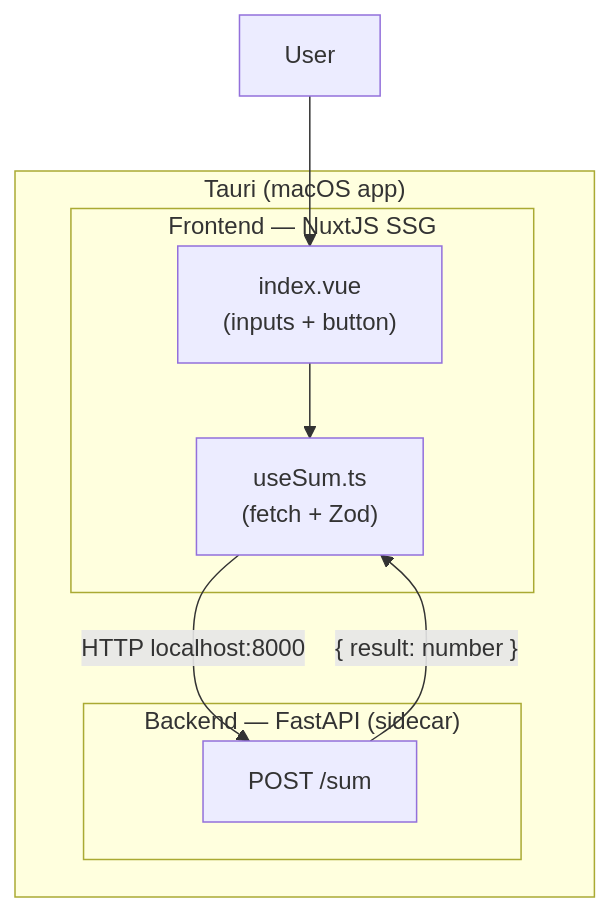
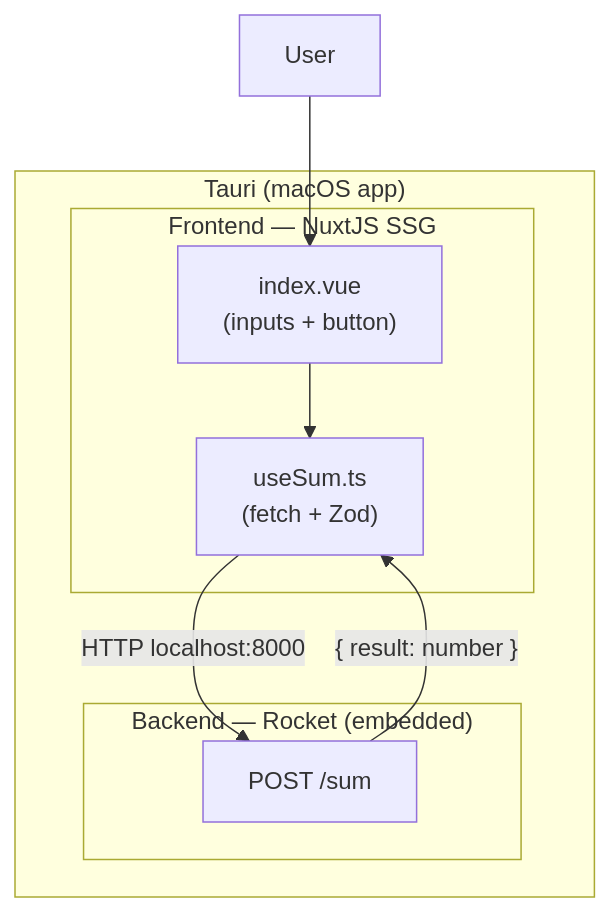
Before and after one commit to cdelgehier/demo_tauri: the diagram in README.md, drawn with Mermaid. The commit also changed other lines of this file and 17 other files, not shown here.

First line of the commit message:
feat: replace FastAPI sidecar with embedded Rocket backend

````diff
--- a/README.md
+++ b/README.md
@@ -9,19 +9,19 @@
 ```mermaid
 graph TB
     subgraph Tauri["Tauri (macOS app)"]
         subgraph Frontend["Frontend — NuxtJS SSG"]
             UI["index.vue\n(inputs + button)"]
             Composable["useSum.ts\n(fetch + Zod)"]
             UI --> Composable
         end
 
-        subgraph Backend["Backend — FastAPI (sidecar)"]
+        subgraph Backend["Backend — Rocket (embedded)"]
             API["POST /sum"]
         end
 
         Composable -->|"HTTP localhost:8000"| API
     end
 
     User["User"] --> UI
     API -->|"{ result: number }"| Composable
 ```
````
